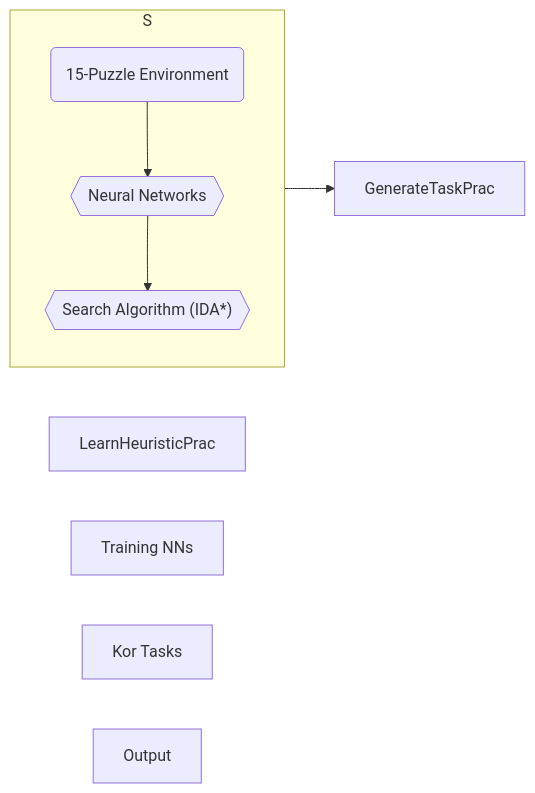
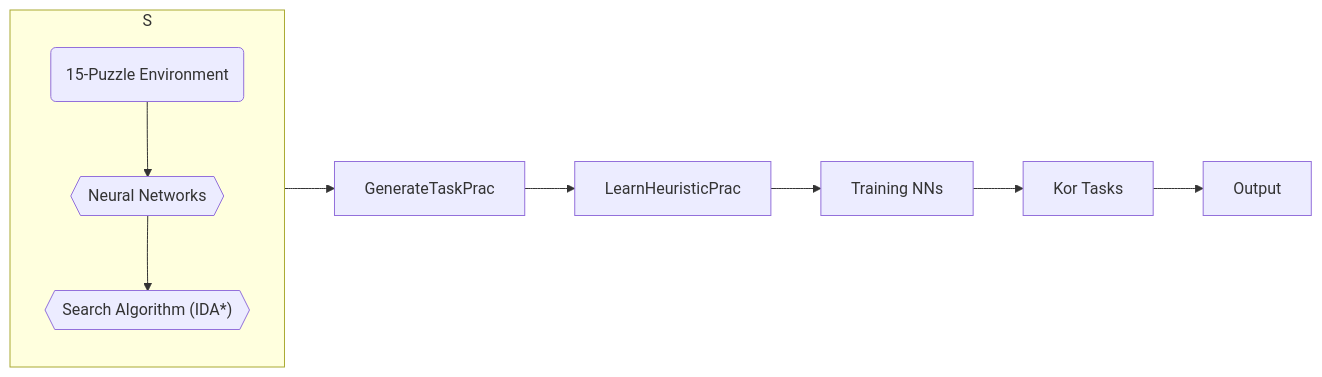
Before and after one commit to OShagHennessy/Reproducibility_Assignment: the diagram in README.md, drawn with Mermaid.

````diff
--- a/README.md
+++ b/README.md
@@ -10,15 +10,15 @@
 ```mermaid
 
 %%{init: {"flowchart": {"htmlLabels": false}} }%%
 flowchart LR
 Algorithm3[GenerateTaskPrac]
 Algorithm4[LearnHeuristicPrac]
 TrainingNNs[Training NNs]
 Kor_Tasks[Kor Tasks]
 Output[Output]
-S --> Algorithm3 
+S --> Algorithm3 --> Algorithm4 --> TrainingNNs --> Kor_Tasks --> Output
 subgraph "S"
   a("`15-Puzzle Environment`") --> b{{"`Neural Networks`"}} --> c{{"`Search Algorithm (IDA*)`"}}
 end
 
 ```
````
